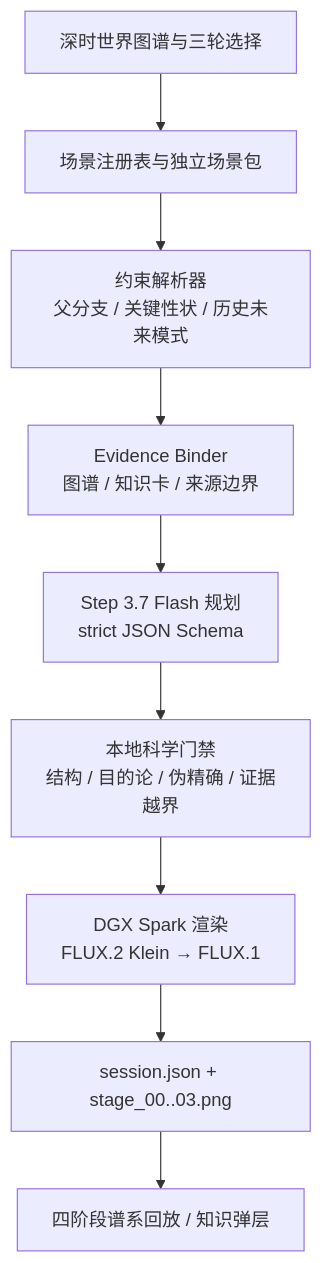
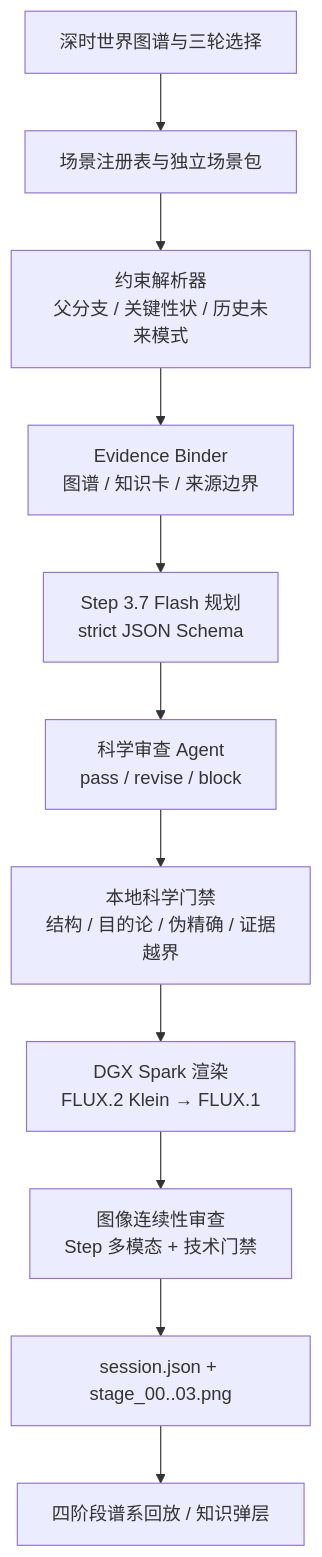
The diagram in docs/submission.md (boblank/DGXSparkSandEvo), drawn with Mermaid before and after one commit. The commit also changed other lines of this file and 5 other files, not shown here.

````diff
--- a/docs/submission.md
+++ b/docs/submission.md
@@ -75,14 +76,16 @@
 ```mermaid
 flowchart TD
     U["深时世界图谱与三轮选择"]
     S["场景注册表与独立场景包"]
     C["约束解析器<br/>父分支 / 关键性状 / 历史未来模式"]
     E["Evidence Binder<br/>图谱 / 知识卡 / 来源边界"]
     P["Step 3.7 Flash 规划<br/>strict JSON Schema"]
+    A["科学审查 Agent<br/>pass / revise / block"]
     G["本地科学门禁<br/>结构 / 目的论 / 伪精确 / 证据越界"]
     R["DGX Spark 渲染<br/>FLUX.2 Klein → FLUX.1"]
+    I["图像连续性审查<br/>Step 多模态 + 技术门禁"]
     O["session.json + stage_00..03.png"]
     V["四阶段谱系回放 / 知识弹层"]
 
-    U --> S --> C --> E --> P --> G --> R --> O --> V
+    U --> S --> C --> E --> P --> A --> G --> R --> I --> O --> V
 ```
````
